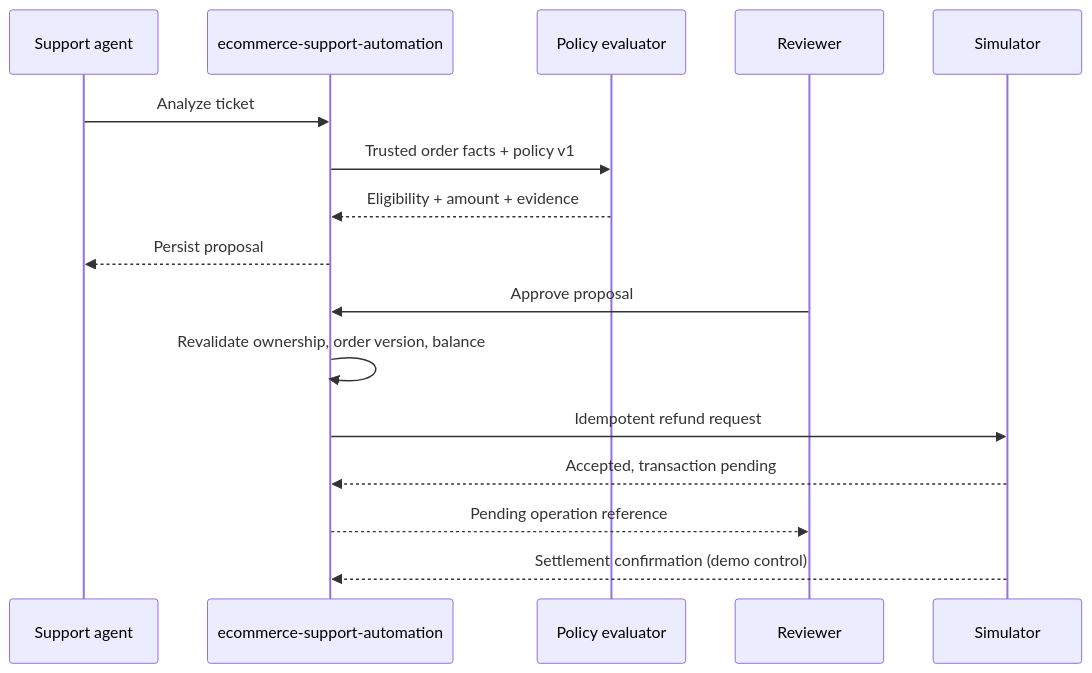
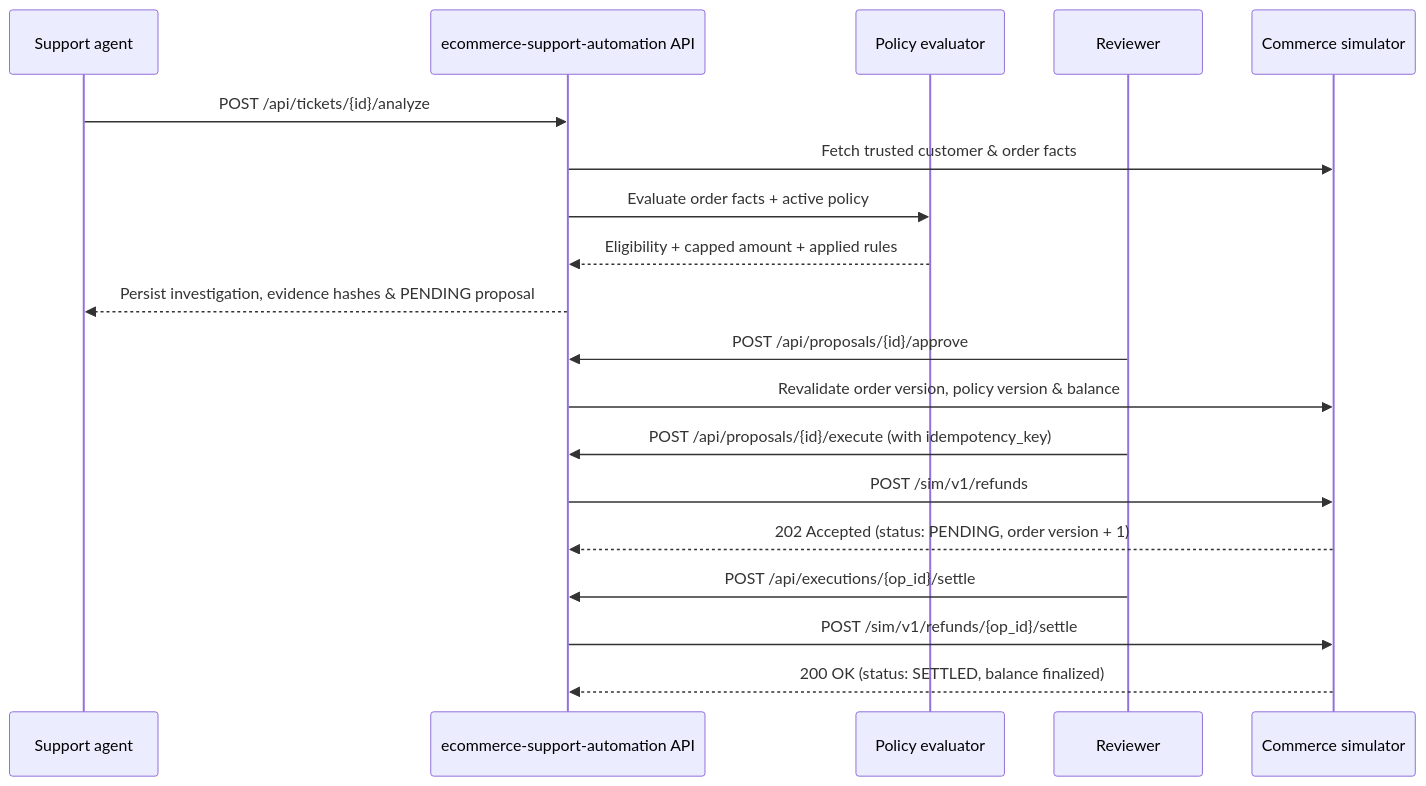
Before and after one commit to ranajahanzaib/ecommerce-support-automation: the second of 2 diagrams in README.md, drawn with Mermaid. The commit also changed other lines of this file and 9 other files, not shown here.

````diff
--- a/README.md
+++ b/README.md
@@ -28,18 +97,21 @@
 ```mermaid
 sequenceDiagram
   participant A as Support agent
-  participant C as ecommerce-support-automation
+  participant C as ecommerce-support-automation API
   participant P as Policy evaluator
   participant R as Reviewer
-  participant S as Simulator
-  A->>C: Analyze ticket
-  C->>P: Trusted order facts + policy v1
-  P-->>C: Eligibility + amount + evidence
-  C-->>A: Persist proposal
-  R->>C: Approve proposal
-  C->>C: Revalidate ownership, order version, balance
-  C->>S: Idempotent refund request
-  S-->>C: Accepted, transaction pending
-  C-->>R: Pending operation reference
-  S-->>C: Settlement confirmation (demo control)
+  participant S as Commerce simulator
+  A->>C: POST /api/tickets/{id}/analyze
+  C->>S: Fetch trusted customer & order facts
+  C->>P: Evaluate order facts + active policy
+  P-->>C: Eligibility + capped amount + applied rules
+  C-->>A: Persist investigation, evidence hashes & PENDING proposal
+  R->>C: POST /api/proposals/{id}/approve
+  C->>S: Revalidate order version, policy version & balance
+  R->>C: POST /api/proposals/{id}/execute (with idempotency_key)
+  C->>S: POST /sim/v1/refunds
+  S-->>C: 202 Accepted (status: PENDING, order version + 1)
+  R->>C: POST /api/executions/{op_id}/settle
+  C->>S: POST /sim/v1/refunds/{op_id}/settle
+  S-->>C: 200 OK (status: SETTLED, balance finalized)
 ```
````
